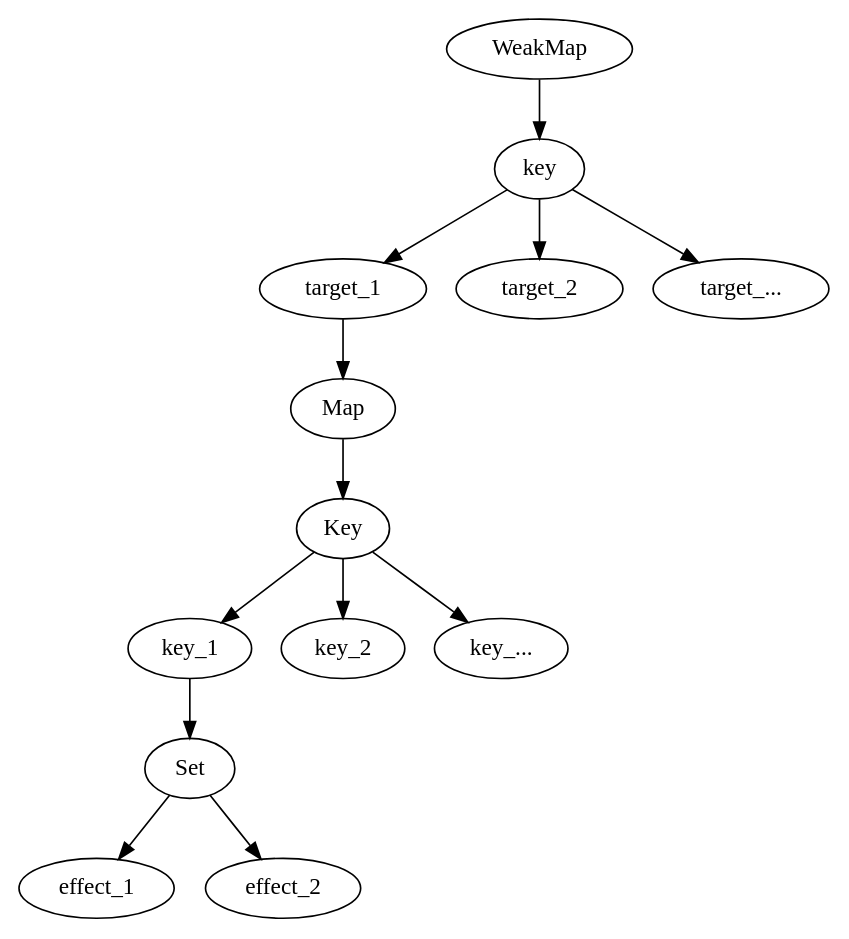
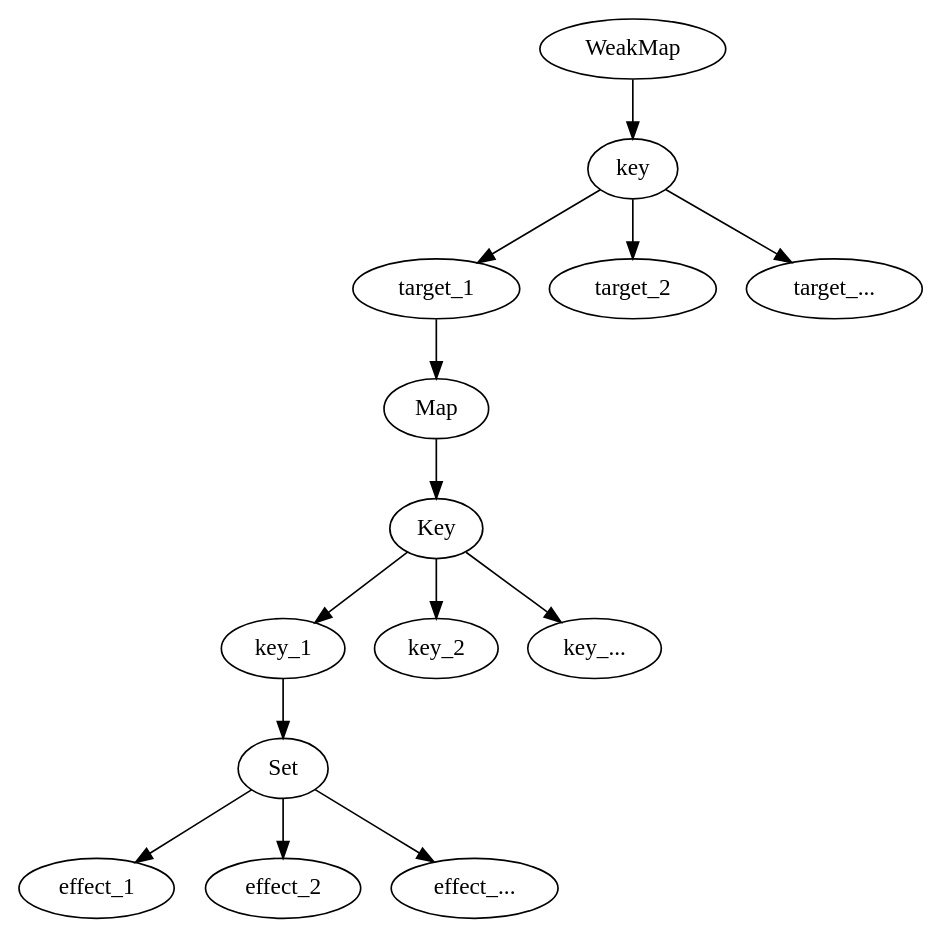
The fifth of 9 diagrams in VueJs设计与实现/2.响应式/study.md (xiaojieajie/Learning-package), drawn with Graphviz before and after one commit. The commit also changed other lines of this file and 2 other files, not shown here.

````diff
--- a/VueJs设计与实现/2.响应式/study.md
+++ b/VueJs设计与实现/2.响应式/study.md
@@ -280,17 +280,18 @@
 ```dot
 digraph G {
   WeakMap -> key
   key -> target_1
   key -> target_2
   key -> "target_..."
   target_1  -> Map
   Map -> Key
   Key -> key_1
   Key -> key_2
   Key -> "key_..."
   key_1 -> Set
   Set -> effect_1
   Set -> effect_2
+  Set -> "effect_..."
 }
 
 ```
````
